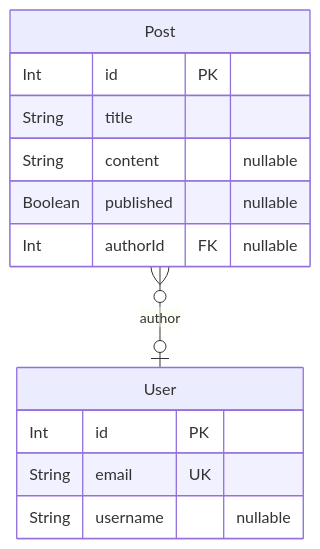
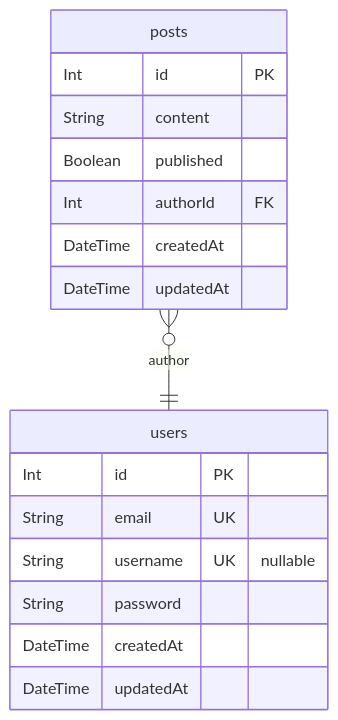
Before and after one commit to Phastboy/nest-auth: the diagram in prisma/ERD.md, drawn with Mermaid. The commit also changed other lines of this file and 20 other files, not shown here.

````diff
--- a/prisma/ERD.md
+++ b/prisma/ERD.md
@@ -7,16 +7,20 @@
 ```mermaid
 erDiagram
-"User" {
+"users" {
   Int id PK
   String email UK
-  String username "nullable"
+  String username UK "nullable"
+  String password
+  DateTime createdAt
+  DateTime updatedAt
 }
-"Post" {
+"posts" {
   Int id PK
-  String title
-  String content "nullable"
-  Boolean published "nullable"
-  Int authorId FK "nullable"
+  String content
+  Boolean published
+  Int authorId FK
+  DateTime createdAt
+  DateTime updatedAt
 }
-"Post" }o--o| "User" : author
+"posts" }o--|| "users" : author
 ```
````
